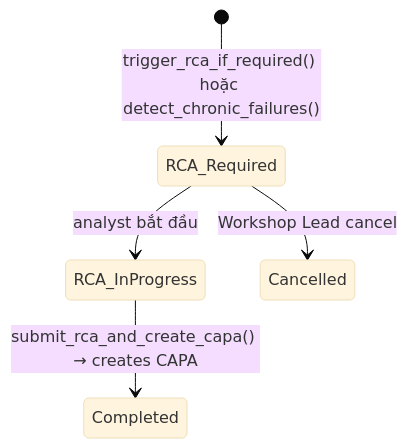
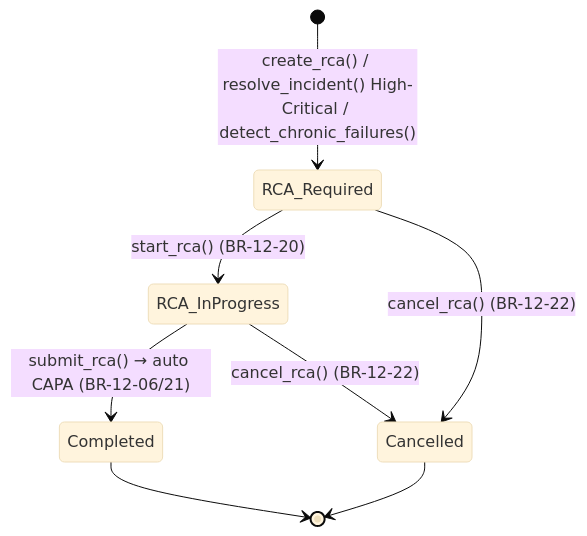
Before and after one commit to mvl26/Assetcore: the fourth of 4 diagrams in docs/imm-12/02_Analysis_Design.md, drawn with Mermaid (base theme). The commit also changed other lines of this file and 85 other files, not shown here.

````diff
--- a/docs/imm-12/02_Analysis_Design.md
+++ b/docs/imm-12/02_Analysis_Design.md
@@ -446,7 +459,10 @@
 ```mermaid
 stateDiagram-v2
-    [*] --> RCA_Required : trigger_rca_if_required() hoặc detect_chronic_failures()
-    RCA_Required --> RCA_InProgress : analyst bắt đầu
-    RCA_InProgress --> Completed : submit_rca_and_create_capa() → creates CAPA
-    RCA_Required --> Cancelled : Workshop Lead cancel
+    [*] --> RCA_Required : create_rca() / resolve_incident() High-Critical / detect_chronic_failures()
+    RCA_Required --> RCA_InProgress : start_rca() (BR-12-20)
+    RCA_InProgress --> Completed : submit_rca() → auto CAPA (BR-12-06/21)
+    RCA_Required --> Cancelled : cancel_rca() (BR-12-22)
+    RCA_InProgress --> Cancelled : cancel_rca() (BR-12-22)
+    Completed --> [*]
+    Cancelled --> [*]
 ```
````
